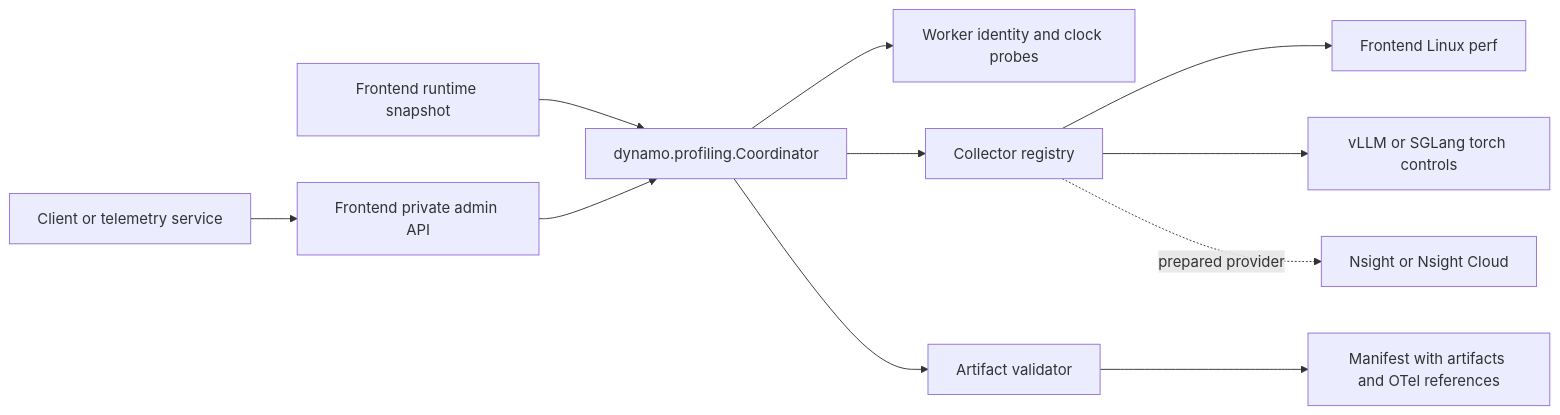
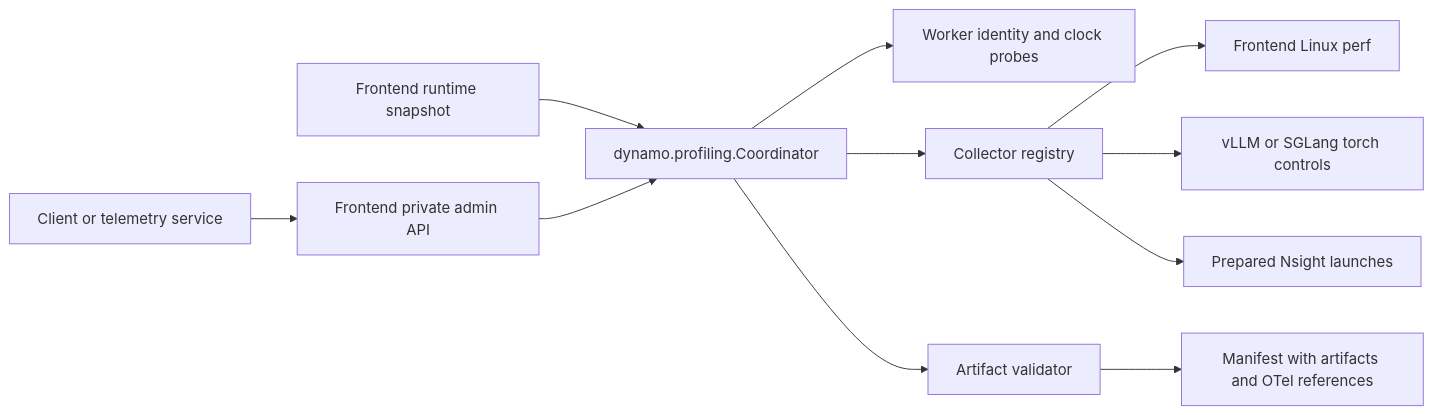
One commit to ai-dynamo/dynamo changed the diagram in components/src/dynamo/profiling/DESIGN.md. Above: the diagram before and after it, drawn with Mermaid. The commit also changed other lines of this file and 8 other files, not shown here.

````diff
--- a/components/src/dynamo/profiling/DESIGN.md
+++ b/components/src/dynamo/profiling/DESIGN.md
@@ -13,13 +13,13 @@
 ```mermaid
 flowchart LR
     Client[Client or telemetry service] --> HTTP[Frontend private admin API]
     Runtime[Frontend runtime snapshot] --> Coordinator
     HTTP --> Coordinator[dynamo.profiling.Coordinator]
     Coordinator --> Clock[Worker identity and clock probes]
     Coordinator --> Registry[Collector registry]
     Registry --> Perf[Frontend Linux perf]
     Registry --> Torch[vLLM or SGLang torch controls]
-    Registry -. prepared provider .-> Nsight[Nsight or Nsight Cloud]
+    Registry --> Nsight[Prepared Nsight launches]
     Coordinator --> Validate[Artifact validator]
     Validate --> Manifest[Manifest with artifacts and OTel references]
 ```
````
